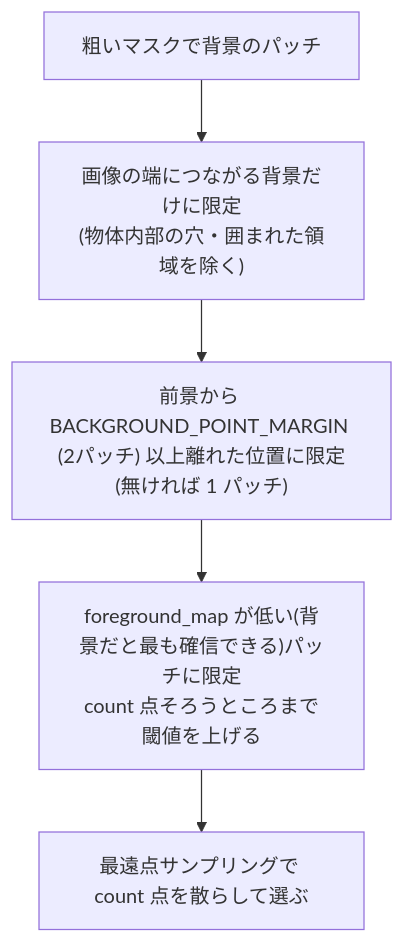
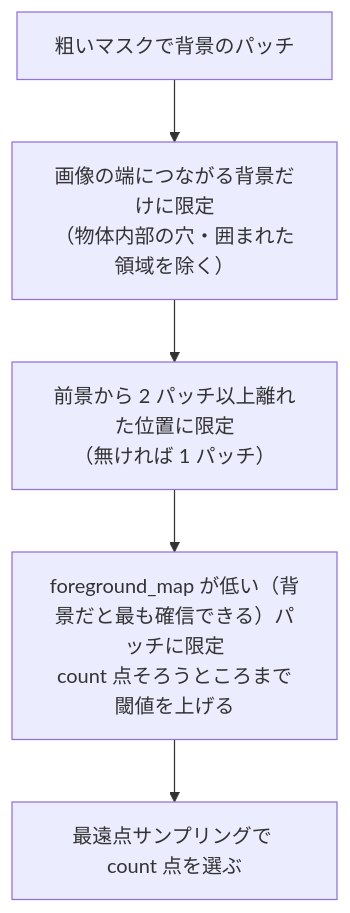
One commit to fklg-64/pe_anything_detect changed the fifth of 15 diagrams in docs/semantic_refiner.md. Above: the diagram before and after it, drawn with Mermaid. The commit also changed other lines of this file and 2 other files, not shown here.

````diff
--- a/docs/semantic_refiner.md
+++ b/docs/semantic_refiner.md
@@ -140,7 +193,7 @@
 ```mermaid
 flowchart TD
-    A["粗いマスクで背景のパッチ"] --> B["画像の端につながる背景だけに限定<br/>(物体内部の穴・囲まれた領域を除く)"]
-    B --> C["前景から BACKGROUND_POINT_MARGIN (2パッチ) 以上離れた位置に限定<br/>(無ければ 1 パッチ)"]
-    C --> D["foreground_map が低い(背景だと最も確信できる)パッチに限定<br/>count 点そろうところまで閾値を上げる"]
-    D --> E["最遠点サンプリングで count 点を散らして選ぶ"]
+    A["粗いマスクで背景のパッチ"] --> B["画像の端につながる背景だけに限定<br/>（物体内部の穴・囲まれた領域を除く）"]
+    B --> C["前景から 2 パッチ以上離れた位置に限定<br/>（無ければ 1 パッチ）"]
+    C --> D["foreground_map が低い（背景だと最も確信できる）パッチに限定<br/>count 点そろうところまで閾値を上げる"]
+    D --> E["最遠点サンプリングで count 点を選ぶ"]
 ```
````
